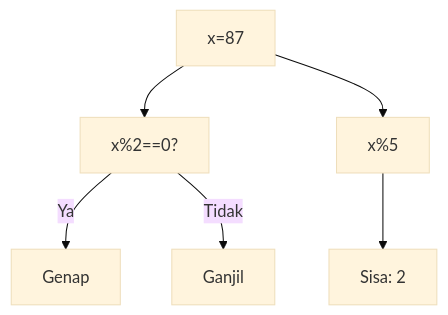
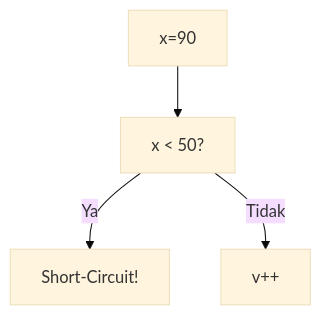
One commit to amnahwaida/OSNK_INF_PREP changed the eighth of 25 diagrams in part-c-pemahaman-cpp/02-percabangan/latihan/set-06.md. Above: the diagram before and after it, drawn with Mermaid (base theme). The commit also changed other lines of this file and 71 other files, not shown here.

````diff
--- a/part-c-pemahaman-cpp/02-percabangan/latihan/set-06.md
+++ b/part-c-pemahaman-cpp/02-percabangan/latihan/set-06.md
@@ -270,8 +217,6 @@
 ```mermaid
 graph TD
-A["x=87"] --> B["x%2==0?"]
-B -- Ya --> C["Genap"]
-B -- Tidak --> D["Ganjil"]
-A --> E["x%5"]
-E --> F["Sisa: 2"]
+A["x=90"] --> B["x < 50?"]
+B -- Ya --> C["Short-Circuit!"]
+B -- Tidak --> D["v++"]
 ```
````
